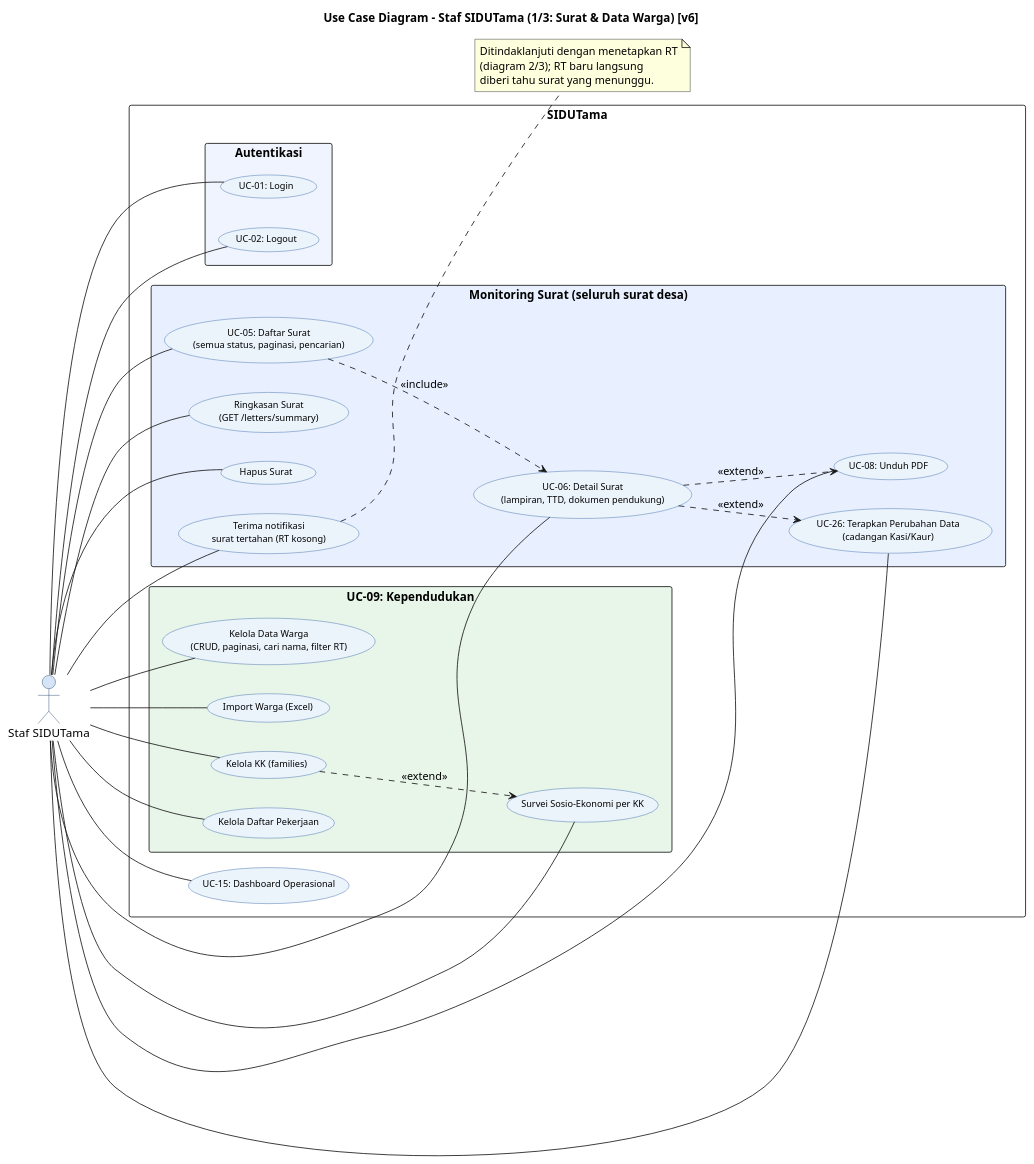
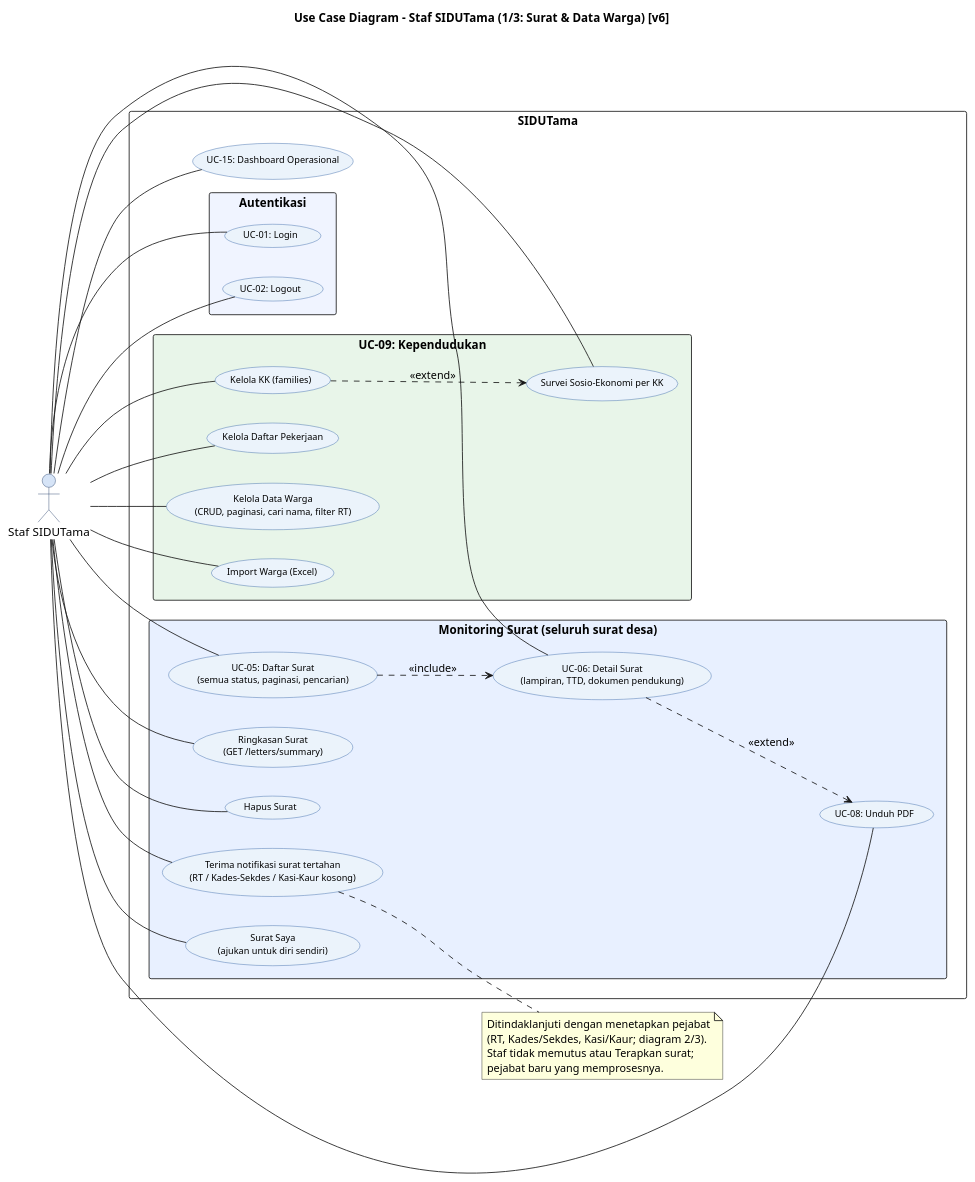
One commit to Vextronode/sid-app changed the diagram in docs/diagram/code/usecase/02_UC_PetugasDesa_SuratWarga_v6.puml. Above: the diagram before and after it, drawn with PlantUML. The commit also changed 133 other files, not shown here.

```diff
--- a/docs/diagram/code/usecase/02_UC_PetugasDesa_SuratWarga_v6.puml
+++ b/docs/diagram/code/usecase/02_UC_PetugasDesa_SuratWarga_v6.puml
@@ -8,68 +8,68 @@
 @startuml UC_PetugasDesa_Surat_v6
 left to right direction
 skinparam packageStyle rectangle
 skinparam backgroundColor #FFFFFF
 skinparam usecase {
   BackgroundColor #EBF3FB
   BorderColor #2E5FA3
   FontName Arial
   FontSize 11
 }
 skinparam actor {
   BackgroundColor #D6E4F7
   BorderColor #1F3864
 }
 title Use Case Diagram - Staf SIDUTama (1/3: Surat & Data Warga) [v6]
 
 actor "Staf SIDUTama" as PD
 
 rectangle "SIDUTama" {
   rectangle "Autentikasi" #F0F4FF {
     usecase "UC-01: Login" as UC_LOGIN
     usecase "UC-02: Logout" as UC_LOGOUT
   }
   rectangle "Monitoring Surat (seluruh surat desa)" #E8F0FF {
     usecase "UC-05: Daftar Surat\n(semua status, paginasi, pencarian)" as UC_LIST
     usecase "Ringkasan Surat\n(GET /letters/summary)" as UC_SUM
     usecase "UC-06: Detail Surat\n(lampiran, TTD, dokumen pendukung)" as UC_DETAIL
     usecase "UC-08: Unduh PDF" as UC_DL
     usecase "Hapus Surat" as UC_DEL
-    usecase "UC-26: Terapkan Perubahan Data\n(cadangan Kasi/Kaur)" as UC_FULFILL
-    usecase "Terima notifikasi\nsurat tertahan (RT kosong)" as UC_VACANT
+    usecase "Terima notifikasi surat tertahan\n(RT / Kades-Sekdes / Kasi-Kaur kosong)" as UC_VACANT
+    usecase "Surat Saya\n(ajukan untuk diri sendiri)" as UC_SELF
   }
   rectangle "UC-09: Kependudukan" #E8F5E9 {
     usecase "Kelola Data Warga\n(CRUD, paginasi, cari nama, filter RT)" as UC_CIT
     usecase "Import Warga (Excel)" as UC_IMPORT
     usecase "Kelola KK (families)" as UC_FAM
     usecase "Survei Sosio-Ekonomi per KK" as UC_FSE
     usecase "Kelola Daftar Pekerjaan" as UC_OCC
   }
   usecase "UC-15: Dashboard Operasional" as UC_DASH
 }
 
 PD -- UC_LOGIN
 PD -- UC_LOGOUT
 PD -- UC_LIST
 PD -- UC_SUM
 PD -- UC_DETAIL
 PD -- UC_DL
 PD -- UC_DEL
-PD -- UC_FULFILL
+PD -- UC_SELF
 PD -- UC_VACANT
 PD -- UC_CIT
 PD -- UC_IMPORT
 PD -- UC_FAM
 PD -- UC_FSE
 PD -- UC_OCC
 PD -- UC_DASH
 UC_LIST ..> UC_DETAIL : <<include>>
 UC_DETAIL ..> UC_DL : <<extend>>
-UC_DETAIL ..> UC_FULFILL : <<extend>>
 UC_FAM ..> UC_FSE : <<extend>>
 
 note right of UC_VACANT
-  Ditindaklanjuti dengan menetapkan RT
-  (diagram 2/3); RT baru langsung
-  diberi tahu surat yang menunggu.
+  Ditindaklanjuti dengan menetapkan pejabat
+  (RT, Kades/Sekdes, Kasi/Kaur; diagram 2/3).
+  Staf tidak memutus atau Terapkan surat;
+  pejabat baru yang memprosesnya.
 end note
 @enduml
```
